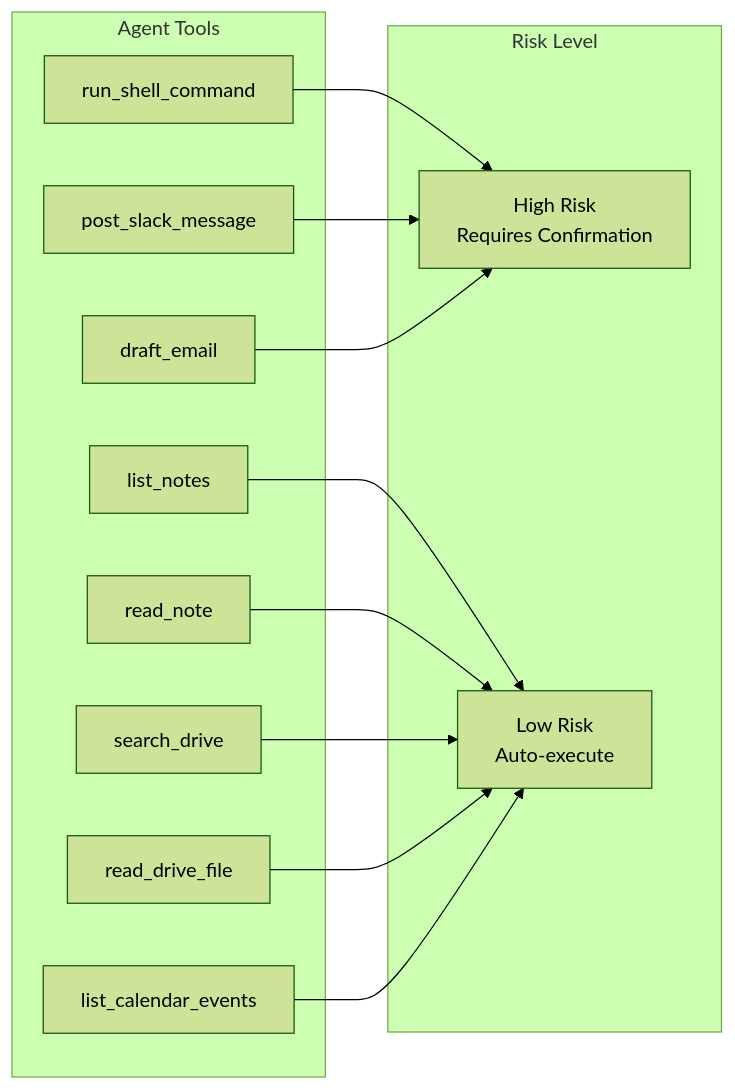
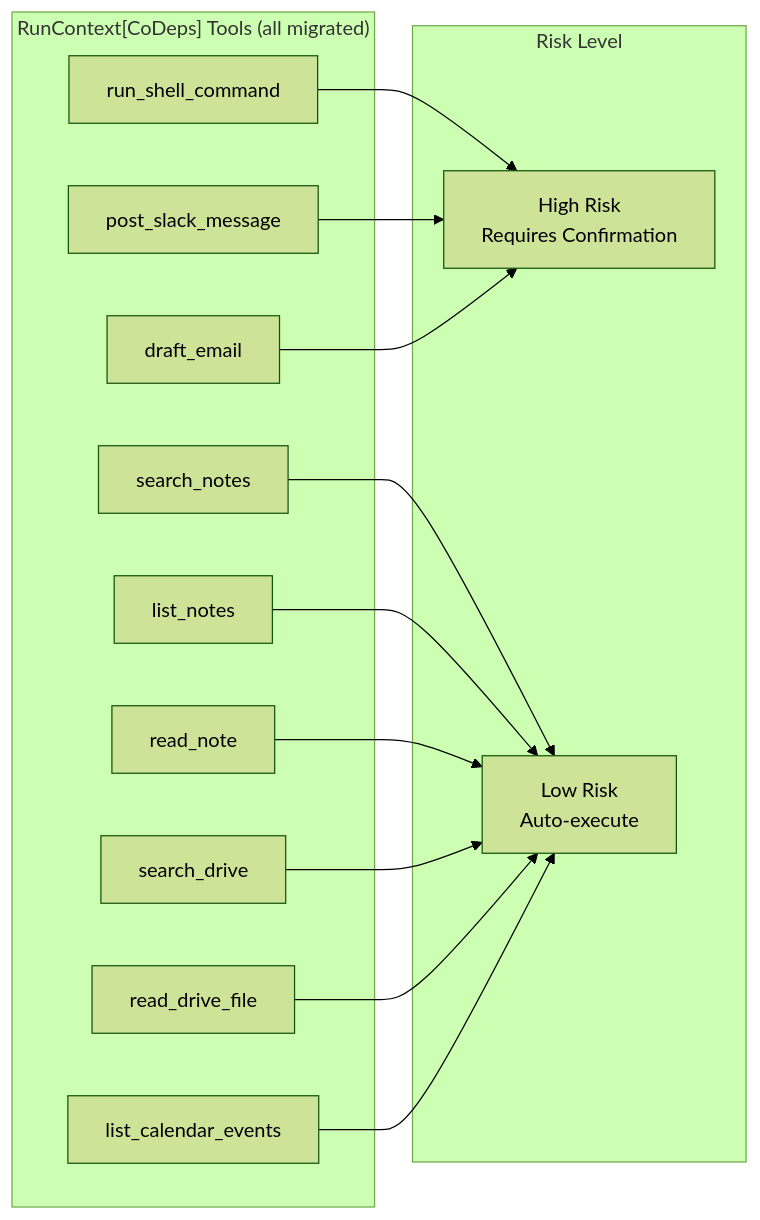
Before and after one commit to binlecode/co-cli: the ninth of 13 diagrams in docs/DESIGN-co-cli.md, drawn with Mermaid (forest theme). The commit also changed other lines of this file and 25 other files, not shown here.

First line of the commit message:
Migrate Google/Slack tools to RunContext, add API error detection and research doc

````diff
--- a/docs/DESIGN-co-cli.md
+++ b/docs/DESIGN-co-cli.md
@@ -408,28 +477,30 @@
 ```mermaid
 graph LR
-    subgraph Agent Tools
+    subgraph "RunContext[CoDeps] Tools (all migrated)"
         A[run_shell_command]
-        B[list_notes]
-        C[read_note]
-        D[search_drive]
-        E[read_drive_file]
-        F[post_slack_message]
-        G[draft_email]
-        H[list_calendar_events]
+        B[search_notes]
+        C[list_notes]
+        D[read_note]
+        E[search_drive]
+        F[read_drive_file]
+        G[post_slack_message]
+        H[draft_email]
+        I[list_calendar_events]
     end
 
     subgraph Risk Level
         HR[High Risk<br/>Requires Confirmation]
         LR[Low Risk<br/>Auto-execute]
     end
 
     A --> HR
-    F --> HR
     G --> HR
+    H --> HR
 
     B --> LR
     C --> LR
     D --> LR
     E --> LR
-    H --> LR
+    F --> LR
+    I --> LR
 ```
````
